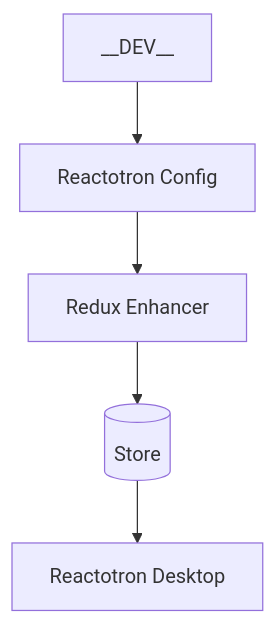
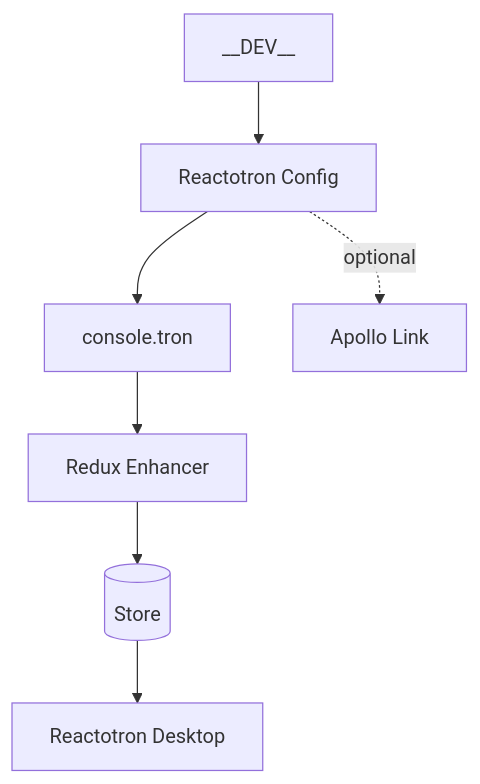
Before and after one commit to htphuocdl/docs.crazytrau.com: the fourth of 4 diagrams in docs/Projects/trackhub/mobile/state.md, drawn with Mermaid. The commit also changed other lines of this file, not shown here.

````diff
--- a/docs/Projects/trackhub/mobile/state.md
+++ b/docs/Projects/trackhub/mobile/state.md
@@ -89,7 +126,9 @@
 ```mermaid
 flowchart TD
   Dev[__DEV__] --> RT[Reactotron Config]
-  RT --> ENH[Redux Enhancer]
+  RT --> Console[console.tron]
+  Console --> ENH[Redux Enhancer]
   ENH --> STORE[(Store)]
   STORE --> RTUI[Reactotron Desktop]
+  RT -.optional.-> AL[Apollo Link]
 ```
````
